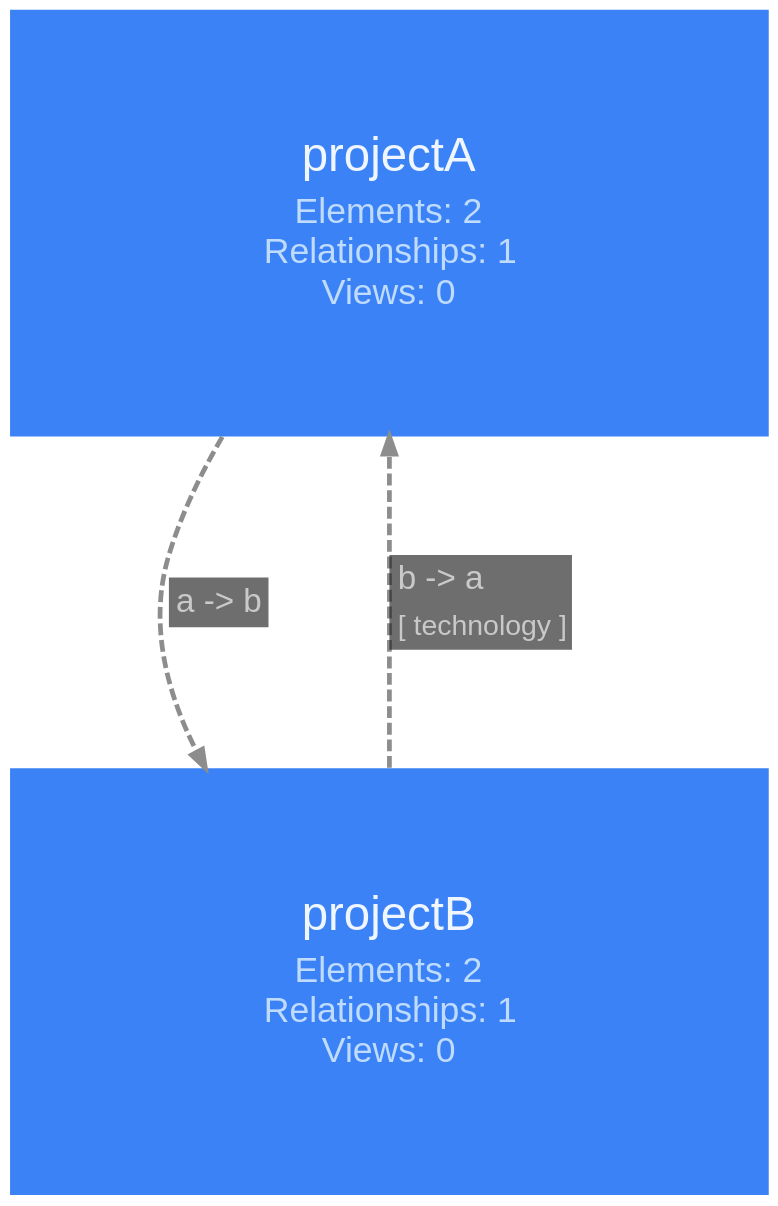
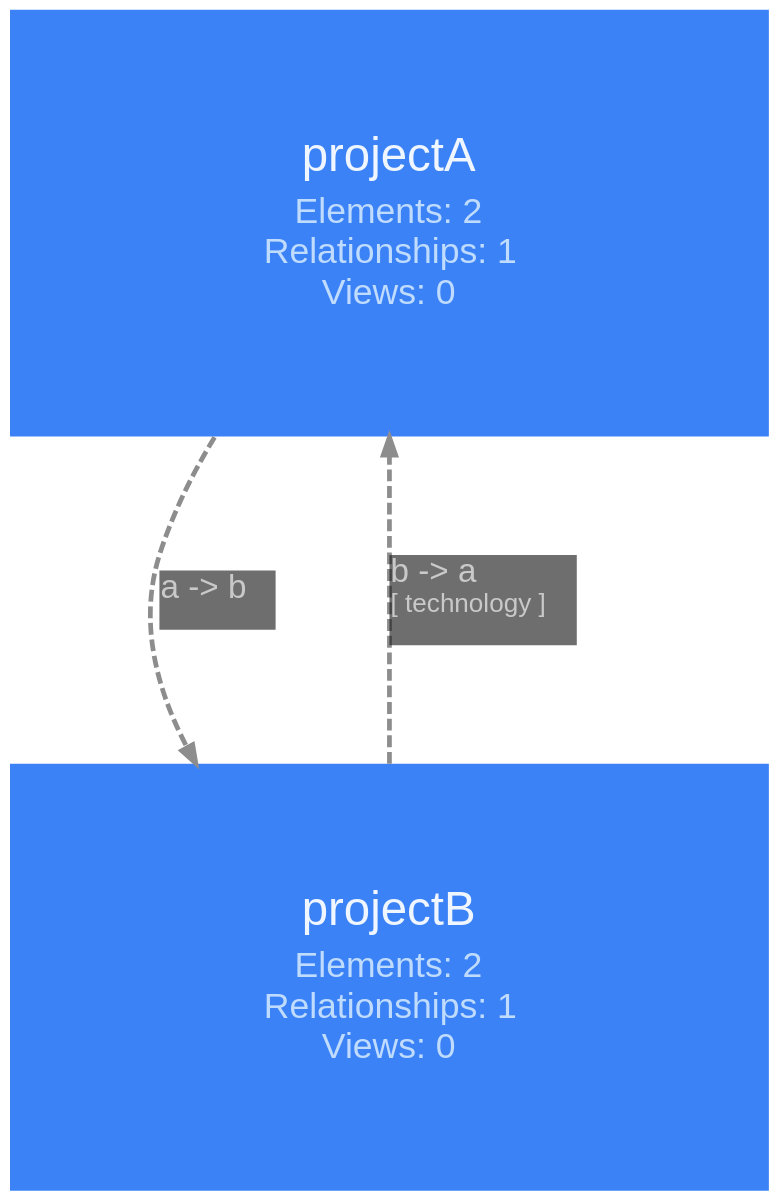
Before and after one commit to likec4/likec4: the diagram in packages/layouts/src/graphviz/__snapshots__/ProjectsViewPrinter-two-directions.dot, drawn with Graphviz. The commit also changed 48 other files, not shown here.

First line of the commit message:
feat: measure relationship labels with the diagram font

```diff
--- a/packages/layouts/src/graphviz/__snapshots__/ProjectsViewPrinter-two-directions.dot
+++ b/packages/layouts/src/graphviz/__snapshots__/ProjectsViewPrinter-two-directions.dot
@@ -1,65 +1,65 @@
 digraph {
   likec4_viewId = "projects-view";
   bgcolor = "transparent";
   layout = "dot";
   compound = true;
   rankdir = "TB";
   splines = "spline";
   outputorder = "nodesfirst";
   nodesep = 1.389;
   ranksep = 1.389;
   pad = 0.209;
   fontname = "Arial";
   graph [
     fontsize = 20;
     labeljust = "l";
     labelloc = "t";
     margin = 50.1;
   ];
   edge [
     arrowsize = 0.75;
     fontname = "Arial";
     fontsize = 14;
     penwidth = 2;
     color = "#8D8D8D";
     fontcolor = "#C9C9C9";
     style = "dashed";
   ];
   node [
     fontname = "Arial";
     shape = "rect";
     fillcolor = "#3b82f6";
     fontcolor = "#eff6ff";
     color = "#2563eb";
     style = "filled";
     penwidth = 0;
   ];
   "1pf41yp" [
     likec4_id = "1pf41yp";
     likec4_project = "projectA";
     likec4_level = 0;
     label = <<TABLE BORDER="0" CELLPADDING="0" CELLSPACING="4"><TR><TD><FONT POINT-SIZE="20">projectA</FONT></TD></TR><TR><TD><FONT POINT-SIZE="15" COLOR="#bfdbfe">Elements: 2<BR/>Relationships: 1<BR/>Views: 0</FONT></TD></TR></TABLE>>;
     margin = "0.223,0.223";
     width = 4.445;
     height = 2.5;
   ];
   "1pf41yq" [
     likec4_id = "1pf41yq";
     likec4_project = "projectB";
     likec4_level = 0;
     label = <<TABLE BORDER="0" CELLPADDING="0" CELLSPACING="4"><TR><TD><FONT POINT-SIZE="20">projectB</FONT></TD></TR><TR><TD><FONT POINT-SIZE="15" COLOR="#bfdbfe">Elements: 2<BR/>Relationships: 1<BR/>Views: 0</FONT></TD></TR></TABLE>>;
     margin = "0.223,0.223";
     width = 4.445;
     height = 2.5;
   ];
   "1pf41yp" -> "1pf41yq" [
     likec4_id = "17usd85";
     likec4_project = "projectA";
-    label = <<TABLE BORDER="0" CELLPADDING="3" CELLSPACING="0" BGCOLOR="#18191BA0"><TR><TD ALIGN="TEXT" BALIGN="LEFT"><FONT POINT-SIZE="14">a -&gt; b</FONT></TD></TR></TABLE>>;
+    label = <<TABLE FIXEDSIZE="TRUE" WIDTH="49" HEIGHT="25" BORDER="0" CELLPADDING="0" CELLSPACING="0" BGCOLOR="#18191BA0"><TR><TD ALIGN="TEXT" BALIGN="LEFT"><FONT POINT-SIZE="14">a -&gt; b</FONT></TD></TR></TABLE>>;
   ];
   "1pf41yq" -> "1pf41yp" [
     likec4_id = "negxbp";
     likec4_project = "projectB";
-    label = <<TABLE BORDER="0" CELLPADDING="3" CELLSPACING="0" BGCOLOR="#18191BA0"><TR><TD ALIGN="TEXT" BALIGN="LEFT"><FONT POINT-SIZE="14">b -&gt; a</FONT></TD></TR><TR><TD ALIGN="TEXT" BALIGN="LEFT"><FONT POINT-SIZE="12">[ technology ]</FONT></TD></TR></TABLE>>;
+    label = <<TABLE FIXEDSIZE="TRUE" WIDTH="79" HEIGHT="38" BORDER="0" CELLPADDING="0" CELLSPACING="0" BGCOLOR="#18191BA0"><TR><TD ALIGN="TEXT" BALIGN="LEFT"><FONT POINT-SIZE="14">b -&gt; a</FONT></TD></TR><TR><TD ALIGN="TEXT" BALIGN="LEFT"><FONT POINT-SIZE="11">[ technology ]</FONT></TD></TR></TABLE>>;
   ];
 }
```
